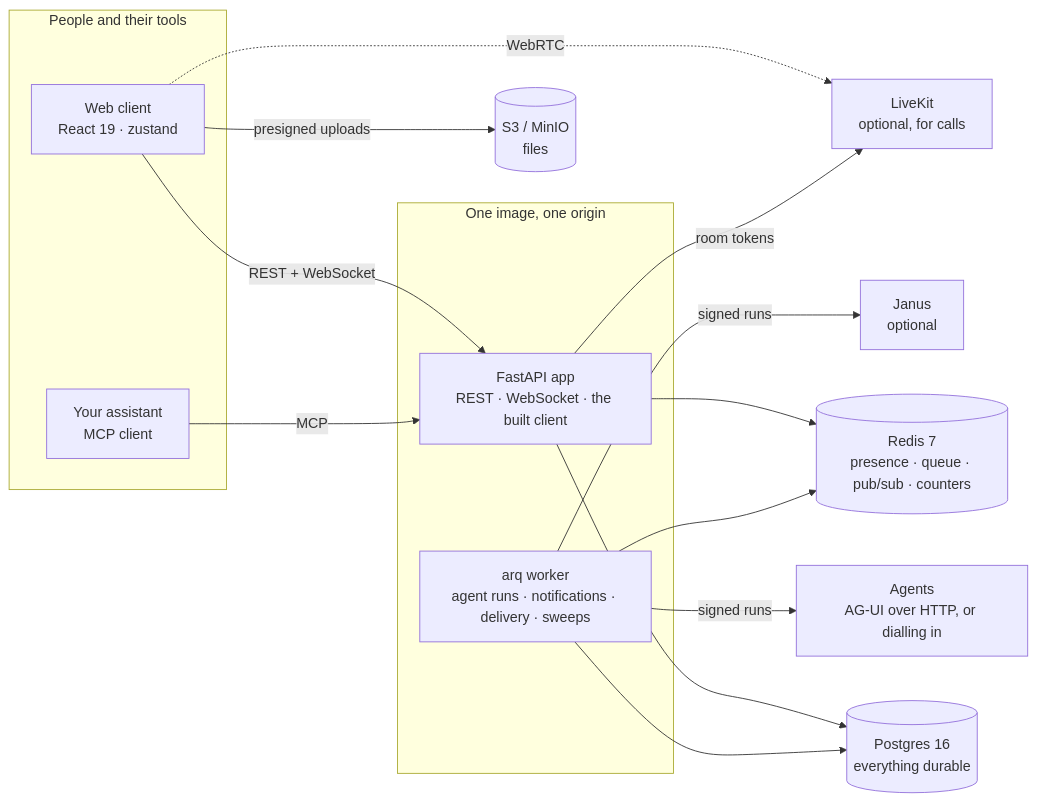
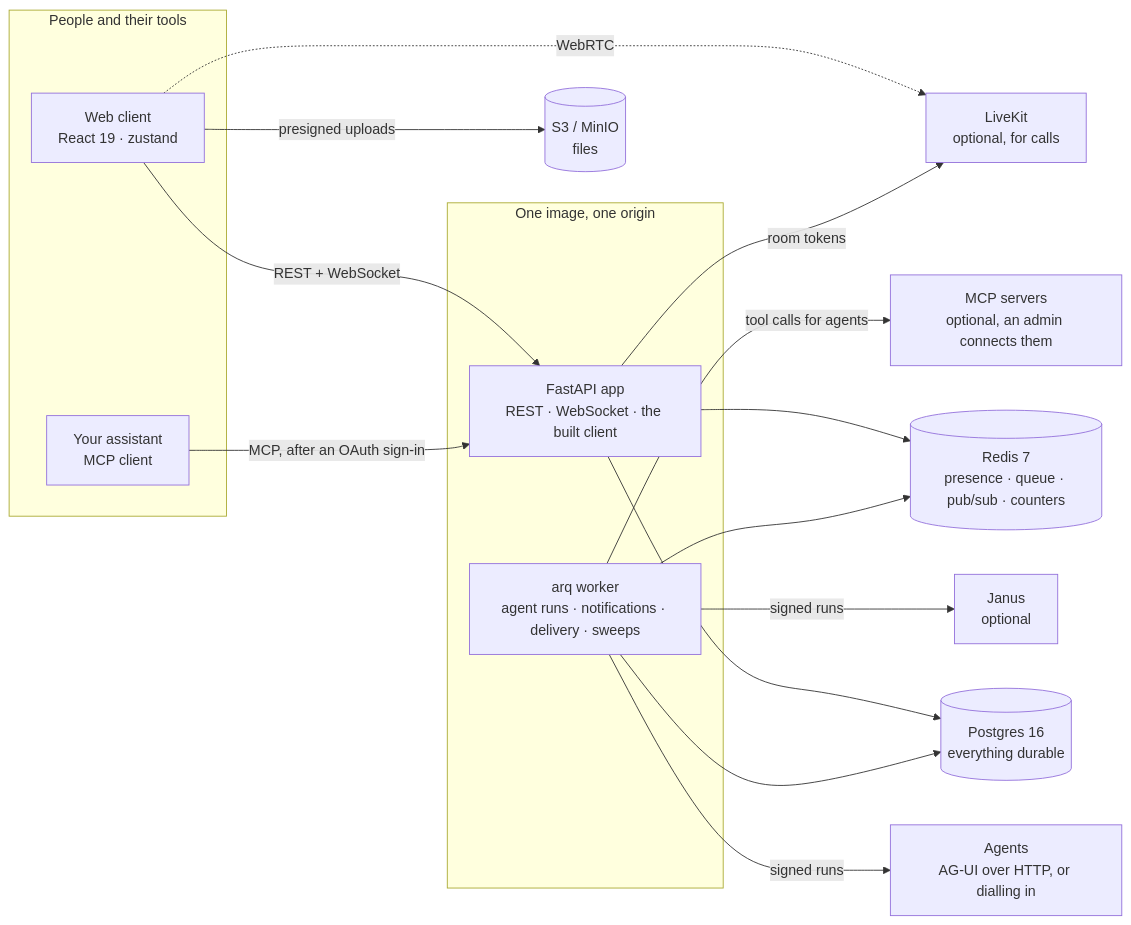
The second of 2 diagrams in README.md (magnetoid/blob), drawn with Mermaid before and after one commit. The commit also changed other lines of this file and 2 other files, not shown here.

````diff
--- a/README.md
+++ b/README.md
@@ -812,28 +820,30 @@
 ```mermaid
 flowchart LR
     subgraph people ["People and their tools"]
         web["Web client<br/>React 19 · zustand"]
         assistant["Your assistant<br/>MCP client"]
     end
     subgraph image ["One image, one origin"]
         app["FastAPI app<br/>REST · WebSocket · the built client"]
         worker["arq worker<br/>agent runs · notifications · delivery · sweeps"]
     end
     pg[("Postgres 16<br/>everything durable")]
     redis[("Redis 7<br/>presence · queue · pub/sub · counters")]
     s3[("S3 / MinIO<br/>files")]
     agents["Agents<br/>AG-UI over HTTP, or dialling in"]
     janus["Janus<br/>optional"]
+    mcpservers["MCP servers<br/>optional, an admin connects them"]
     livekit["LiveKit<br/>optional, for calls"]
     web -->|REST + WebSocket| app
     web -->|presigned uploads| s3
     web -.->|WebRTC| livekit
-    assistant -->|MCP| app
+    assistant -->|MCP, after an OAuth sign-in| app
     app --> pg
     app --> redis
     worker --> pg
     worker --> redis
     worker -->|signed runs| agents
     worker -->|signed runs| janus
+    worker -->|tool calls for agents| mcpservers
     app -->|room tokens| livekit
 ```
````
